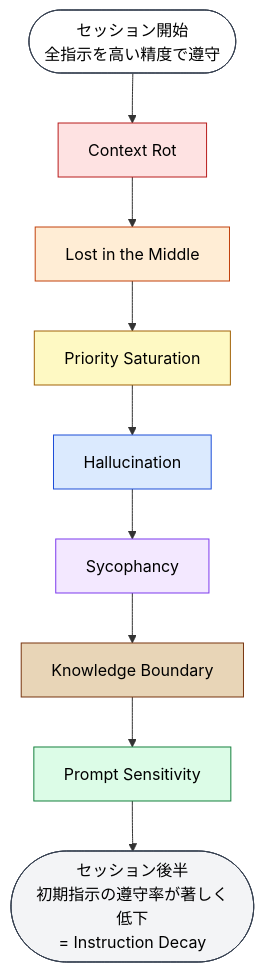
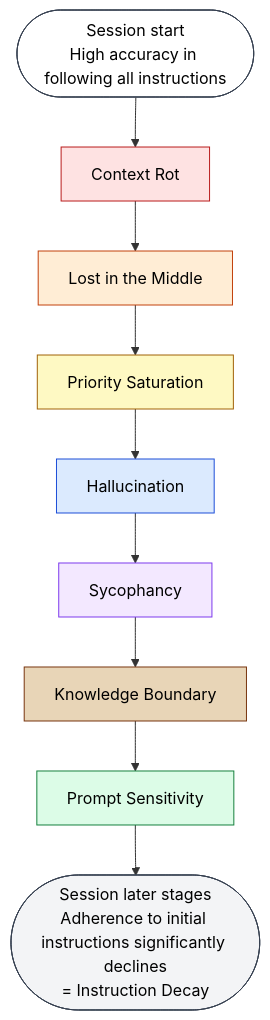
Before and after one commit to shuji-bonji/understanding-llm-through-claude-code: the second of 2 diagrams in docs/01-llm-structural-problems/instruction-decay.md, drawn with Mermaid. The commit also changed other lines of this file and 100 other files, not shown here.

````diff
--- a/docs/01-llm-structural-problems/instruction-decay.md
+++ b/docs/01-llm-structural-problems/instruction-decay.md
@@ -91,24 +93,24 @@
 ```mermaid
 flowchart TB
-    Start(["セッション開始<br>全指示を高い精度で遵守"])
+    Start(["Session start<br>High accuracy in following all instructions"])
     CR["Context Rot"]
     LIM["Lost in the Middle"]
     PSat["Priority Saturation"]
     H["Hallucination"]
     S["Sycophancy"]
     KB["Knowledge Boundary"]
     PS["Prompt Sensitivity"]
-    End(["セッション後半<br>初期指示の遵守率が著しく低下<br>= Instruction Decay"])
+    End(["Session later stages<br>Adherence to initial instructions significantly declines<br>= Instruction Decay"])
 
     Start --> CR --> LIM --> PSat --> H --> S --> KB --> PS --> End
 
     style Start fill:#fff,stroke:#374151,color:#000
     style CR fill:#fee2e2,stroke:#b91c1c,color:#000
     style LIM fill:#ffedd5,stroke:#c2410c,color:#000
     style PSat fill:#fef9c3,stroke:#a16207,color:#000
     style H fill:#dbeafe,stroke:#1d4ed8,color:#000
     style S fill:#f3e8ff,stroke:#7c3aed,color:#000
     style KB fill:#e8d5b7,stroke:#78350f,color:#000
     style PS fill:#dcfce7,stroke:#15803d,color:#000
     style End fill:#f3f4f6,stroke:#374151,color:#000
 ```
````
